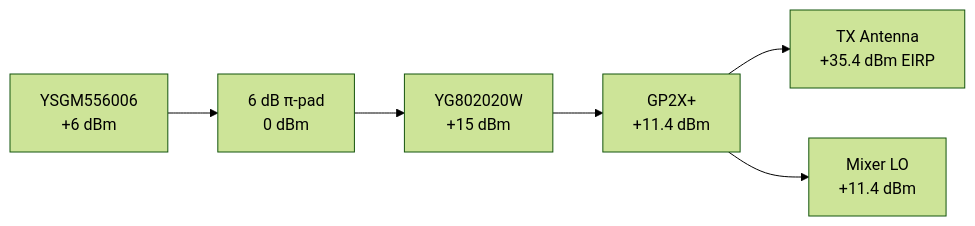
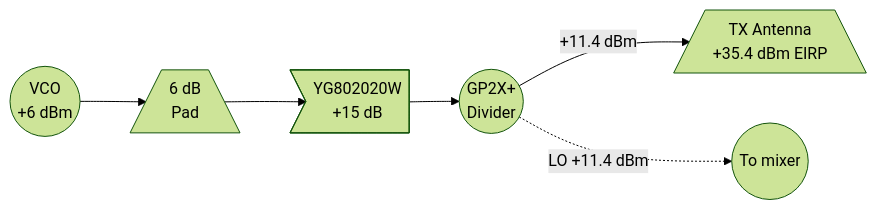
Before and after one commit to oliskcz/Lyrion-Radar: the second of 4 diagrams in README.md, drawn with Mermaid (forest theme). The commit also changed other lines of this file and 1 other file, not shown here.

Commit message:
System Overview: use RF block diagram shapes (trapezoid antenna, flag amp, circle mixer, stadium PLL, diamond filter, parallelogram ADC). Signal Chain: split into TX / RX / Complete paths with shape-consistent diagrams. Complete path shows target/drone explicitly

````diff
--- a/README.md
+++ b/README.md
@@ -207,8 +242,6 @@
 ```mermaid
-graph LR
-    A["YSGM556006<br/>+6 dBm"] --> B["6 dB π-pad<br/>0 dBm"]
-    B --> C["YG802020W<br/>+15 dBm"]
-    C --> D["GP2X+<br/>+11.4 dBm"]
-    D --> E["TX Antenna<br/>+35.4 dBm EIRP"]
-    D --> F["Mixer LO<br/>+11.4 dBm"]
+flowchart LR
+    VCO(("VCO<br/>+6 dBm")) --> PAD[/"6 dB<br/>Pad"\] --> PA>"YG802020W<br/>+15 dB"] --> DIV(("GP2X+<br/>Divider"))
+    DIV -->|+11.4 dBm| TXANT[/"TX Antenna<br/>+35.4 dBm EIRP"\]
+    DIV -.->|LO +11.4 dBm| LO(("To mixer"))
 ```
````
